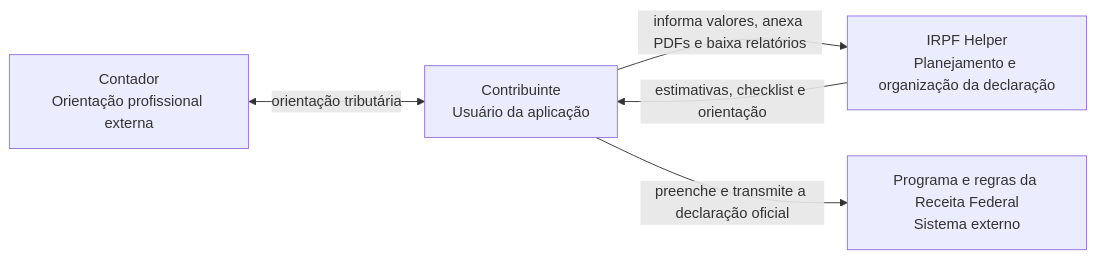
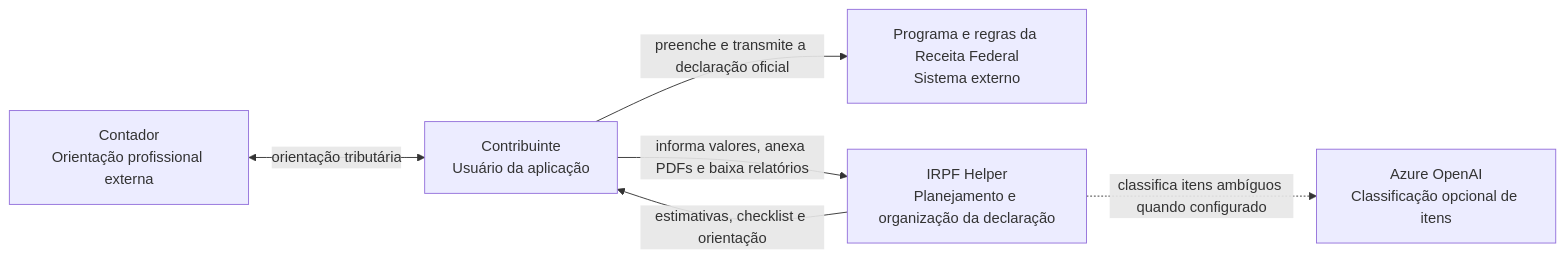
One commit to jaquelinerufino/irpf-helper changed the first of 4 diagrams in docs/c4-model.md. Above: the diagram before and after it, drawn with Mermaid. The commit also changed other lines of this file and 15 other files, not shown here.

````diff
--- a/docs/c4-model.md
+++ b/docs/c4-model.md
@@ -7,12 +7,14 @@
 ```mermaid
 flowchart LR
     contribuinte["Contribuinte\nUsuário da aplicação"]
     contador["Contador\nOrientação profissional externa"]
     receita["Programa e regras da Receita Federal\nSistema externo"]
+    openai["Azure OpenAI\nClassificação opcional de itens"]
     sistema["IRPF Helper\nPlanejamento e organização da declaração"]
 
     contribuinte -->|"informa valores, anexa PDFs e baixa relatórios"| sistema
     sistema -->|"estimativas, checklist e orientação"| contribuinte
     contribuinte -->|"preenche e transmite a declaração oficial"| receita
     contador <-->|"orientação tributária"| contribuinte
+    sistema -. "classifica itens ambíguos quando configurado" .-> openai
 ```
````
